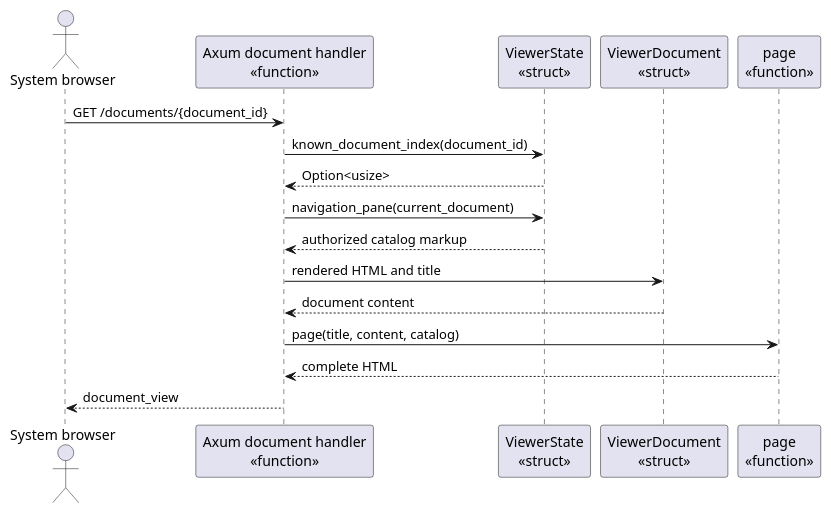
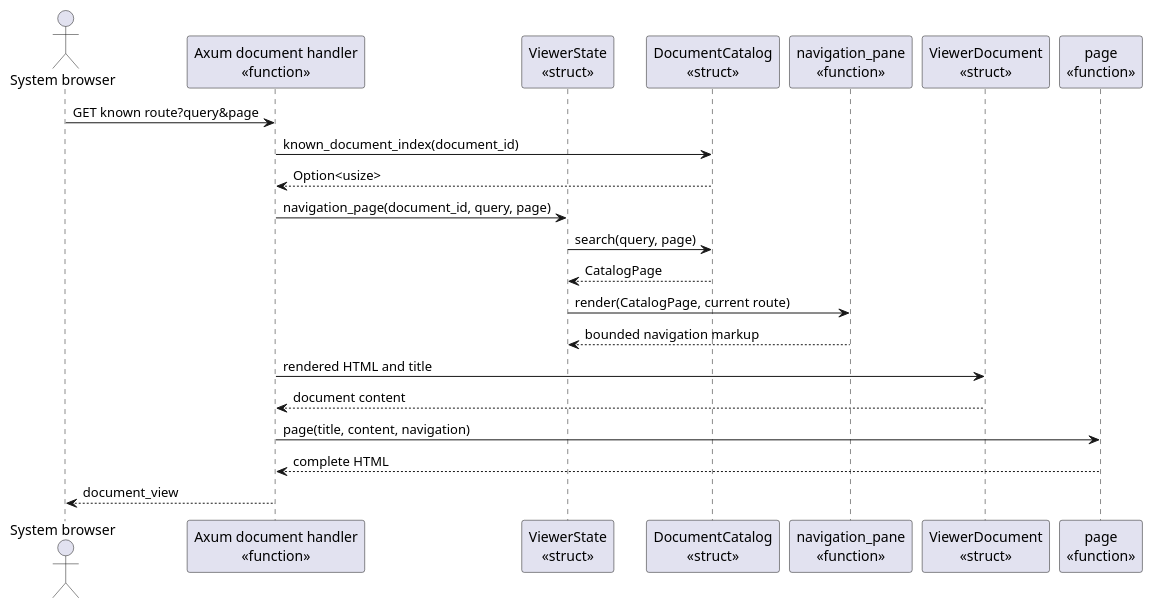
Before and after one commit to sirius-cc-wu/lens: the first of 2 diagrams in docs/features/document-navigation-pane/design.md, drawn with PlantUML. The commit also changed other lines of this file and 5 other files, not shown here.

Commit message:
docs: design scalable navigation search

````diff
--- a/docs/features/document-navigation-pane/design.md
+++ b/docs/features/document-navigation-pane/design.md
@@ -16,20 +17,25 @@
 ```plantuml
 @startuml
 actor "System browser" as Browser
 participant "Axum document handler\n<<function>>" as Handler
 participant "ViewerState\n<<struct>>" as State
+participant "DocumentCatalog\n<<struct>>" as Catalog
+participant "navigation_pane\n<<function>>" as Navigation
 participant "ViewerDocument\n<<struct>>" as Document
 participant "page\n<<function>>" as Page
 
-Browser -> Handler: GET /documents/{document_id}
-Handler -> State: known_document_index(document_id)
-State --> Handler: Option<usize>
-Handler -> State: navigation_pane(current_document)
-State --> Handler: authorized catalog markup
+Browser -> Handler: GET known route?query&page
+Handler -> Catalog: known_document_index(document_id)
+Catalog --> Handler: Option<usize>
+Handler -> State: navigation_page(document_id, query, page)
+State -> Catalog: search(query, page)
+Catalog --> State: CatalogPage
+State -> Navigation: render(CatalogPage, current route)
+Navigation --> State: bounded navigation markup
 Handler -> Document: rendered HTML and title
 Document --> Handler: document content
-Handler -> Page: page(title, content, catalog)
+Handler -> Page: page(title, content, navigation)
 Page --> Handler: complete HTML
 Handler --> Browser: document_view
 @enduml
 ```
````
